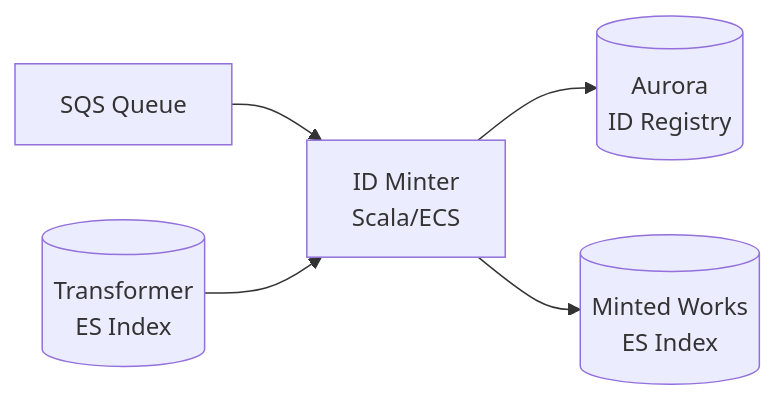
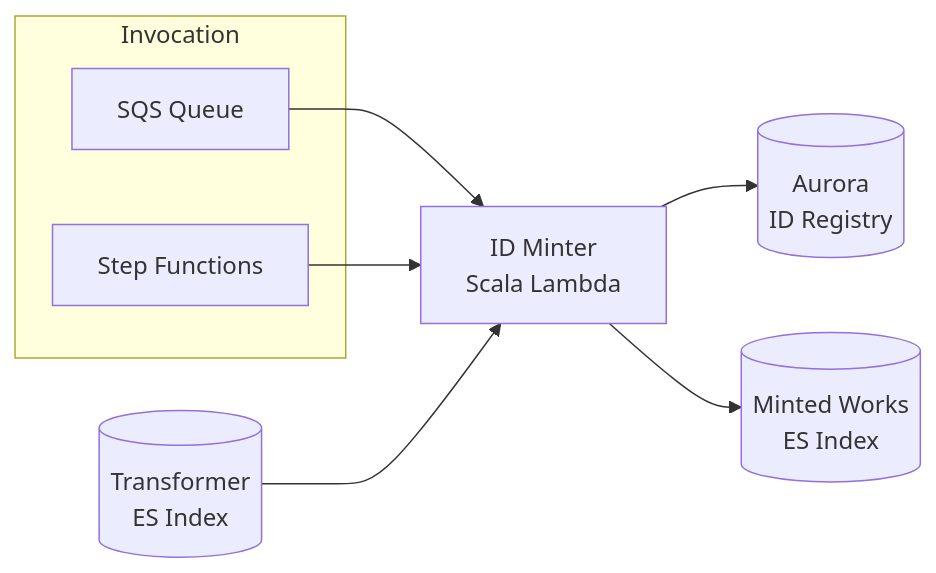
Before and after one commit to wellcomecollection/docs: the third of 6 diagrams in rfcs/XXX-stable_identifiers/README.md, drawn with Mermaid. The commit also changed other lines of this file, not shown here.

Commit message:
id_minter ECS service is no more

````diff
--- a/rfcs/XXX-stable_identifiers/README.md
+++ b/rfcs/XXX-stable_identifiers/README.md
@@ -250,7 +250,12 @@
 ```mermaid
 flowchart LR
-    SQS[SQS Queue] --> ECS[ID Minter<br/>Scala/ECS]
-    ECS --> Aurora[(Aurora<br/>ID Registry)]
-    TransformerES[(Transformer<br/>ES Index)] --> ECS
-    ECS --> MinterES[(Minted Works<br/>ES Index)]
+    subgraph Invocation
+        SQS[SQS Queue]
+        SF[Step Functions]
+    end
+    SQS --> Lambda[ID Minter<br/>Scala Lambda]
+    SF --> Lambda
+    Lambda --> Aurora[(Aurora<br/>ID Registry)]
+    TransformerES[(Transformer<br/>ES Index)] --> Lambda
+    Lambda --> MinterES[(Minted Works<br/>ES Index)]
 ```
````
